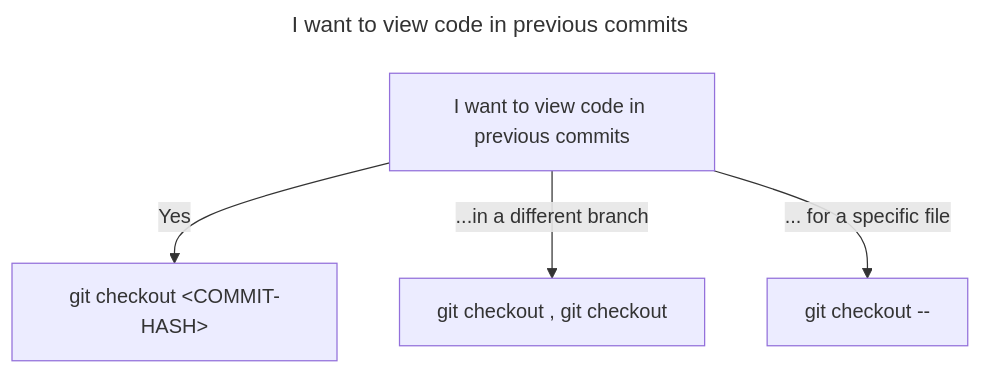
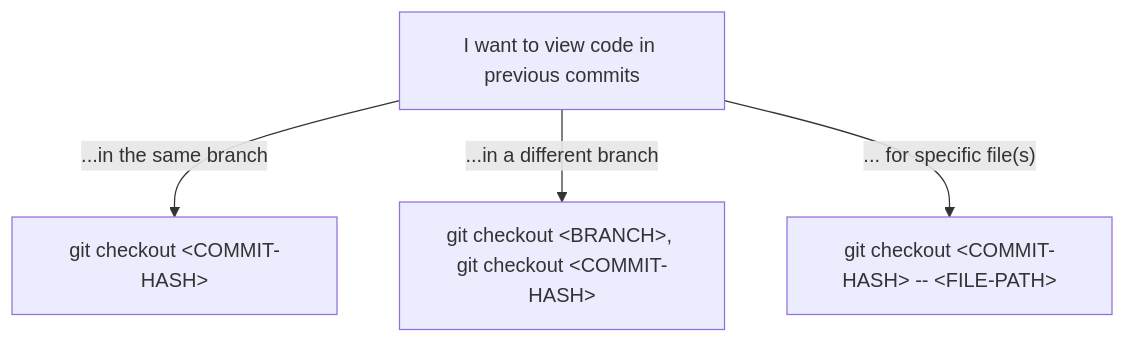
One commit to conorhamill36/conorhamill36.github.io changed the first of 4 diagrams in _drafts/2024-06-26-git-undo.md. Above: the diagram before and after it, drawn with Mermaid. The commit also changed other lines of this file, not shown here.

Commit message:
finishing first draft of git undo diagrams page

````diff
--- a/_drafts/2024-06-26-git-undo.md
+++ b/_drafts/2024-06-26-git-undo.md
@@ -28,9 +14,6 @@
 ```mermaid
----
-title: I want to view code in previous commits
----
 flowchart TD
-    A[I want to view code in previous commits] -- Yes --> B[git checkout &lt;COMMIT-HASH&gt;]
-    A -- ...in a different branch --> C[git checkout <BRANCH-NAME>, git checkout <COMMIT-HASH>]
-    A -- ... for a specific file --> D[git checkout <COMMIT-HASH> -- <FILE-PATH>]
+    A[I want to view code in previous commits] -- ...in the same branch --> B[git checkout &lt;COMMIT-HASH&gt;]
+    A -- ...in a different branch --> C[git checkout &lt;BRANCH&gt;, git checkout &lt;COMMIT-HASH&gt;]
+    A -- ... for specific file(s) --> D[git checkout &lt;COMMIT-HASH&gt; -- &lt;FILE-PATH&gt;]
 ```
````
